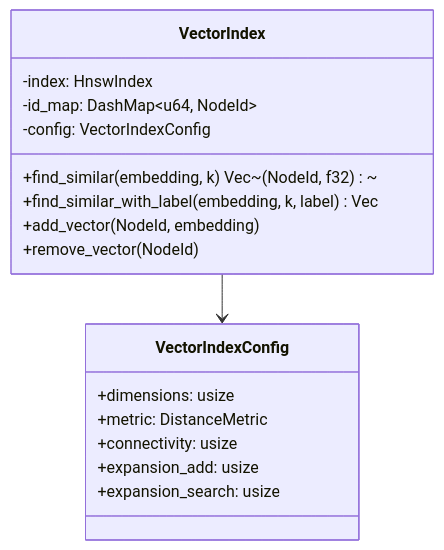
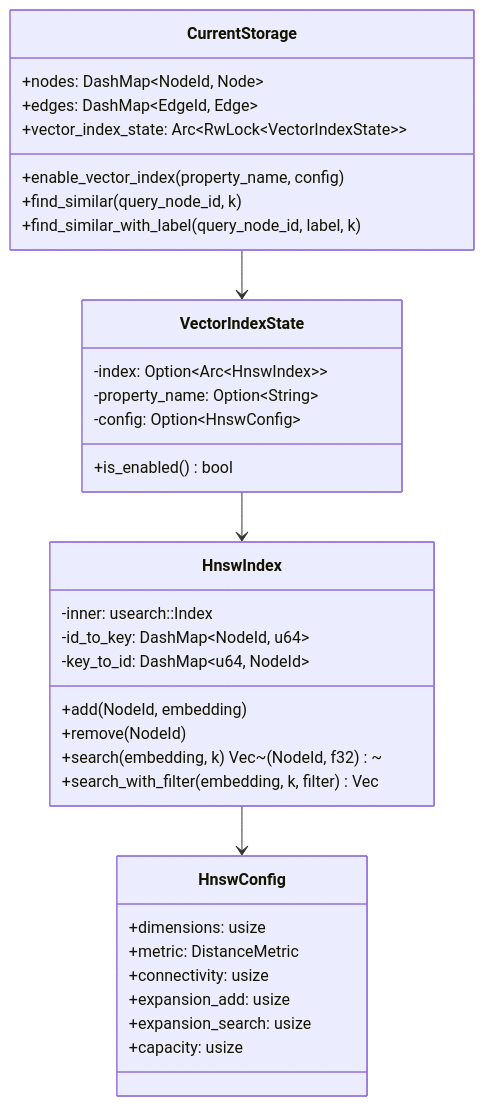
Diagram 16 of 20 in docs/architecture/index-layer.md (autumn-foundation/AletheiaDB), drawn with Mermaid before and after one commit. The commit also changed other lines of this file and 3 other files, not shown here.

First line of the commit message:
docs: Update architecture docs for VS-030 vector index integration

````diff
--- a/docs/architecture/index-layer.md
+++ b/docs/architecture/index-layer.md
@@ -405,22 +411,41 @@
 ```mermaid
 classDiagram
-    class VectorIndex {
-        -index: HnswIndex
-        -id_map: DashMap~u64, NodeId~
-        -config: VectorIndexConfig
-        +find_similar(embedding, k) Vec~(NodeId, f32)~
-        +find_similar_with_label(embedding, k, label) Vec
-        +add_vector(NodeId, embedding)
-        +remove_vector(NodeId)
+    class CurrentStorage {
+        +nodes: DashMap~NodeId, Node~
+        +edges: DashMap~EdgeId, Edge~
+        +vector_index_state: Arc~RwLock~VectorIndexState~~
+        +enable_vector_index(property_name, config)
+        +find_similar(query_node_id, k)
+        +find_similar_with_label(query_node_id, label, k)
     }
 
-    class VectorIndexConfig {
+    class VectorIndexState {
+        -index: Option~Arc~HnswIndex~~
+        -property_name: Option~String~
+        -config: Option~HnswConfig~
+        +is_enabled() bool
+    }
+
+    class HnswIndex {
+        -inner: usearch::Index
+        -id_to_key: DashMap~NodeId, u64~
+        -key_to_id: DashMap~u64, NodeId~
+        +add(NodeId, embedding)
+        +remove(NodeId)
+        +search(embedding, k) Vec~(NodeId, f32)~
+        +search_with_filter(embedding, k, filter) Vec
+    }
+
+    class HnswConfig {
         +dimensions: usize
         +metric: DistanceMetric
         +connectivity: usize
         +expansion_add: usize
         +expansion_search: usize
+        +capacity: usize
     }
 
-    VectorIndex --> VectorIndexConfig
+    CurrentStorage --> VectorIndexState
+    VectorIndexState --> HnswIndex
+    HnswIndex --> HnswConfig
 ```
````
